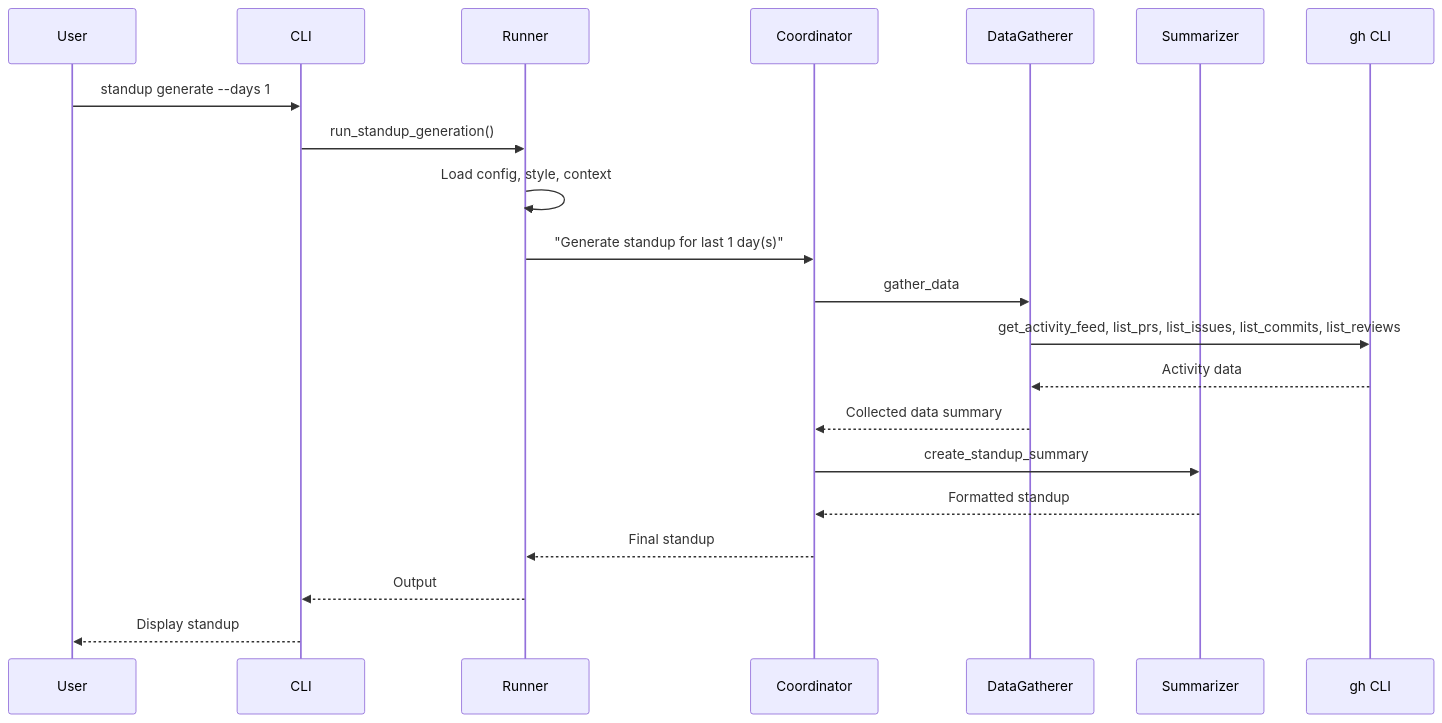
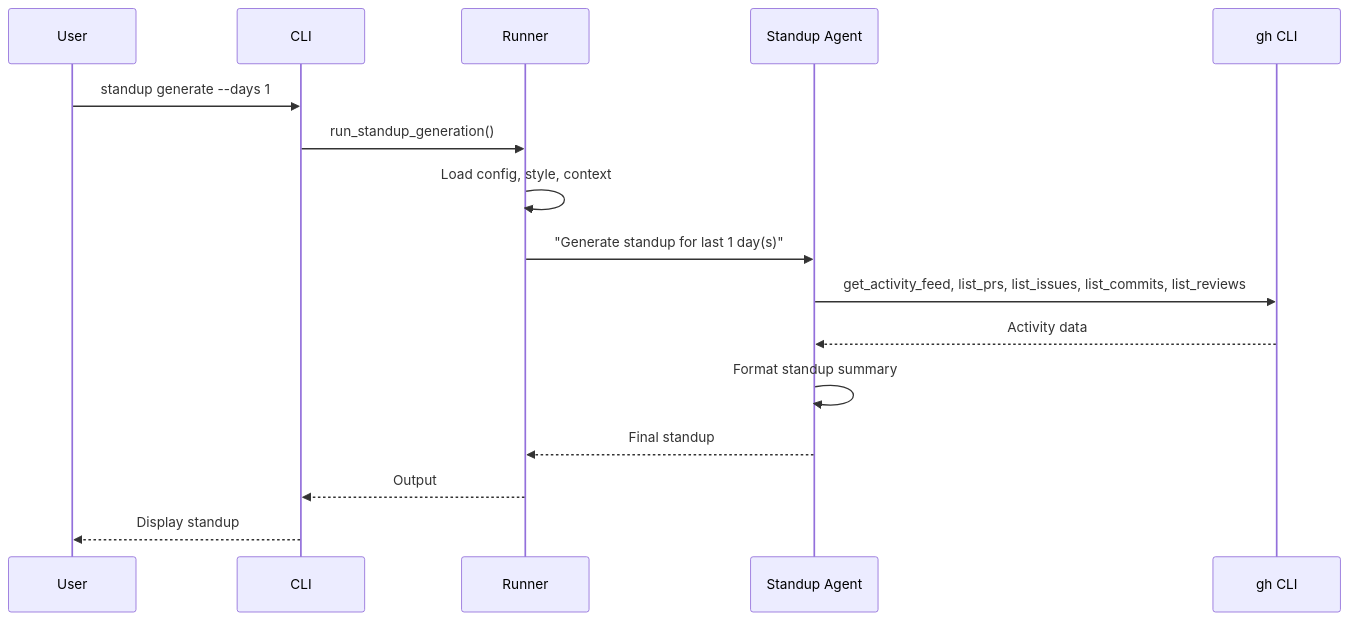
Before and after one commit to andrewm4894/github-standup-agent: the third of 3 diagrams in ARCHITECTURE.md, drawn with Mermaid. The commit also changed other lines of this file and 25 other files, not shown here.

First line of the commit message:
Collapse 3-agent system into single Standup Agent (#6)

````diff
--- a/ARCHITECTURE.md
+++ b/ARCHITECTURE.md
@@ -107,27 +85,21 @@
 ```mermaid
 sequenceDiagram
     participant User
     participant CLI
     participant Runner
-    participant Coordinator
-    participant DataGatherer
-    participant Summarizer
+    participant Agent as Standup Agent
     participant GitHub as gh CLI
 
     User->>CLI: standup generate --days 1
     CLI->>Runner: run_standup_generation()
     Runner->>Runner: Load config, style, context
-    Runner->>Coordinator: "Generate standup for last 1 day(s)"
+    Runner->>Agent: "Generate standup for last 1 day(s)"
 
-    Coordinator->>DataGatherer: gather_data
-    DataGatherer->>GitHub: get_activity_feed, list_prs, list_issues, list_commits, list_reviews
-    GitHub-->>DataGatherer: Activity data
-    DataGatherer-->>Coordinator: Collected data summary
+    Agent->>GitHub: get_activity_feed, list_prs, list_issues, list_commits, list_reviews
+    GitHub-->>Agent: Activity data
+    Agent->>Agent: Format standup summary
 
-    Coordinator->>Summarizer: create_standup_summary
-    Summarizer-->>Coordinator: Formatted standup
-
-    Coordinator-->>Runner: Final standup
+    Agent-->>Runner: Final standup
     Runner-->>CLI: Output
     CLI-->>User: Display standup
 ```
````
